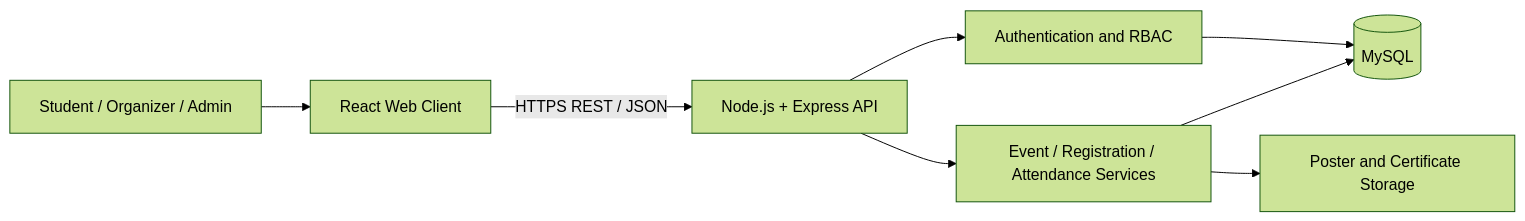
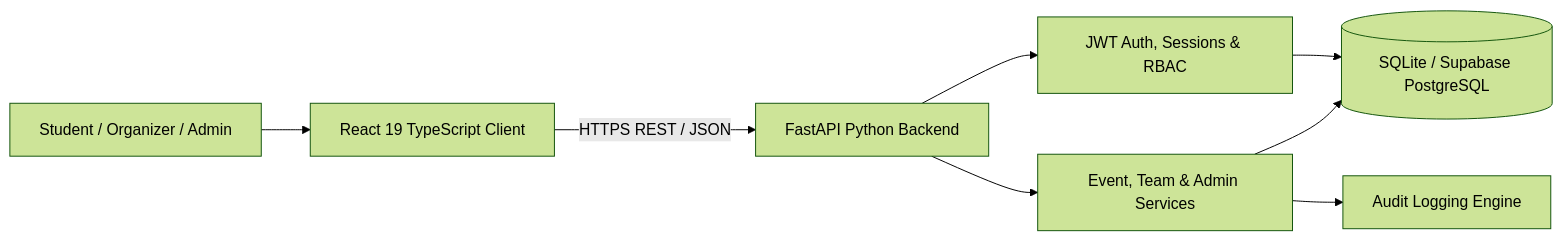
One commit to ShoibeArafat/UniEvent-A-Web-Based-University-Event-Management-and-Registration-Platform changed the first of 4 diagrams in docs/SRS.md. Above: the diagram before and after it, drawn with Mermaid (forest theme). The commit also changed other lines of this file and 31 other files, not shown here.

First line of the commit message:
feat: implement Parts 3-8 (RBAC ownership, shared teams, admin center, audit trail, cloud DB & demo accounts)

````diff
--- a/docs/SRS.md
+++ b/docs/SRS.md
@@ -28,10 +28,10 @@
 ```mermaid
 flowchart LR
-    U[Student / Organizer / Admin] --> FE[React Web Client]
-    FE -->|HTTPS REST / JSON| API[Node.js + Express API]
-    API --> AUTH[Authentication and RBAC]
-    API --> SVC[Event / Registration / Attendance Services]
-    AUTH --> DB[(MySQL)]
+    U[Student / Organizer / Admin] --> FE[React 19 TypeScript Client]
+    FE -->|HTTPS REST / JSON| API[FastAPI Python Backend]
+    API --> AUTH[JWT Auth, Sessions & RBAC]
+    API --> SVC[Event, Team & Admin Services]
+    AUTH --> DB[(SQLite / Supabase PostgreSQL)]
     SVC --> DB
-    SVC --> FS[Poster and Certificate Storage]
+    SVC --> AUDIT[Audit Logging Engine]
 ```
````
